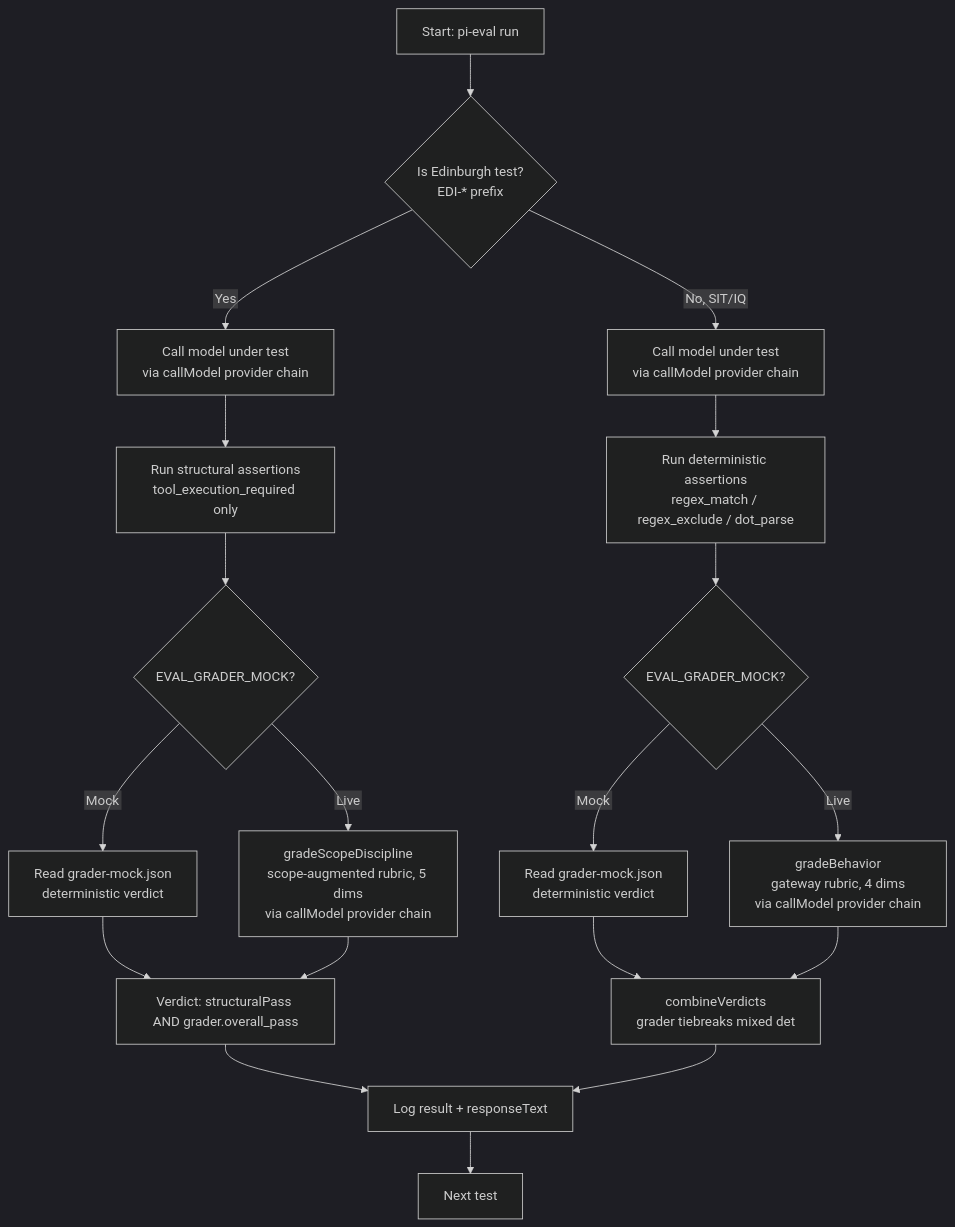
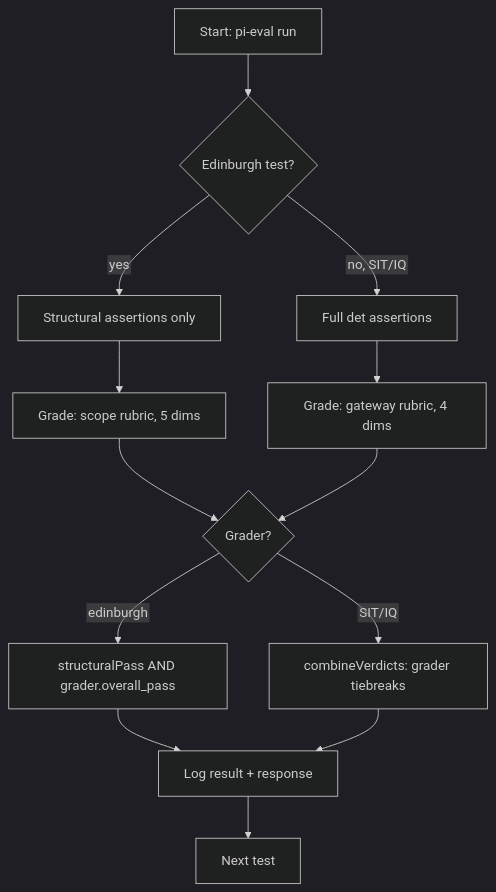
Before and after one commit to pjsvis/cool-pi-extensions: the diagram in docs/eval-workflow/01-eval-run-flow.mmd, drawn with Mermaid (dark theme). The commit also changed 16 other files, not shown here.

```diff
--- a/docs/eval-workflow/01-eval-run-flow.mmd
+++ b/docs/eval-workflow/01-eval-run-flow.mmd
@@ -1,25 +1,14 @@
 %%{init: {"flowchart": {"htmlLabels": false}} }%%
 graph TD
-    A[Start: pi-eval run] --> B{Is Edinburgh test?<br/>EDI-* prefix}
-    B -->|Yes| C[Call model under test<br/>via callModel provider chain]
-    B -->|No, SIT/IQ| D[Call model under test<br/>via callModel provider chain]
-
-    C --> E[Run structural assertions<br/>tool_execution_required only]
-    D --> F[Run deterministic assertions<br/>regex_match / regex_exclude / dot_parse]
-
-    E --> G{EVAL_GRADER_MOCK?}
-    G -->|Mock| H[Read grader-mock.json<br/>deterministic verdict]
-    G -->|Live| I[gradeScopeDiscipline<br/>scope-augmented rubric, 5 dims<br/>via callModel provider chain]
-
-    F --> J{EVAL_GRADER_MOCK?}
-    J -->|Mock| K[Read grader-mock.json<br/>deterministic verdict]
-    J -->|Live| L[gradeBehavior<br/>gateway rubric, 4 dims<br/>via callModel provider chain]
-
-    H --> M[Verdict: structuralPass AND grader.overall_pass]
-    I --> M
-    K --> N[combineVerdicts<br/>grader tiebreaks mixed det]
-    L --> N
-
-    M --> O[Log result + responseText]
-    N --> O
-    O --> P[Next test]
+    A[Start: pi-eval run] --> B{Edinburgh test?}
+    B -->|yes| C[Structural assertions only]
+    B -->|no, SIT/IQ| D[Full det assertions]
+    C --> E[Grade: scope rubric, 5 dims]
+    D --> F[Grade: gateway rubric, 4 dims]
+    E --> G{Grader?}
+    F --> G
+    G -->|edinburgh| H[structuralPass AND grader.overall_pass]
+    G -->|SIT/IQ| I[combineVerdicts: grader tiebreaks]
+    H --> J[Log result + response]
+    I --> J
+    J --> K[Next test]
```
